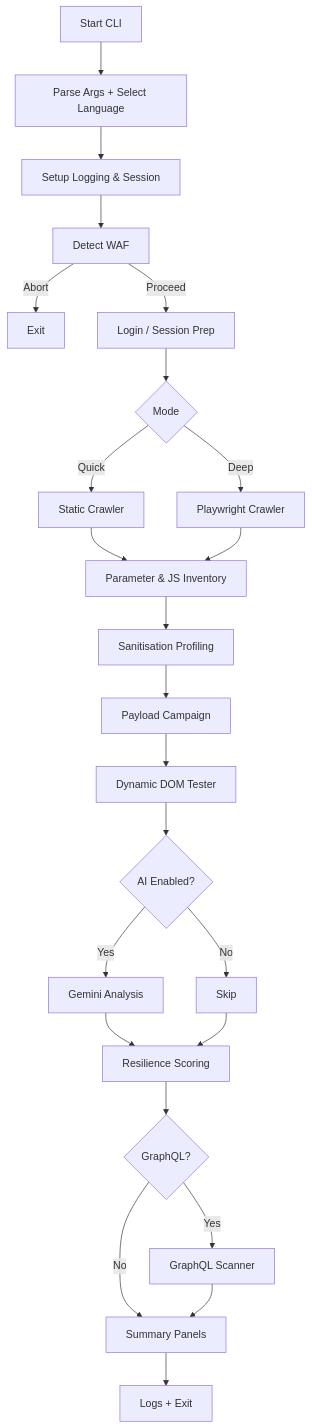
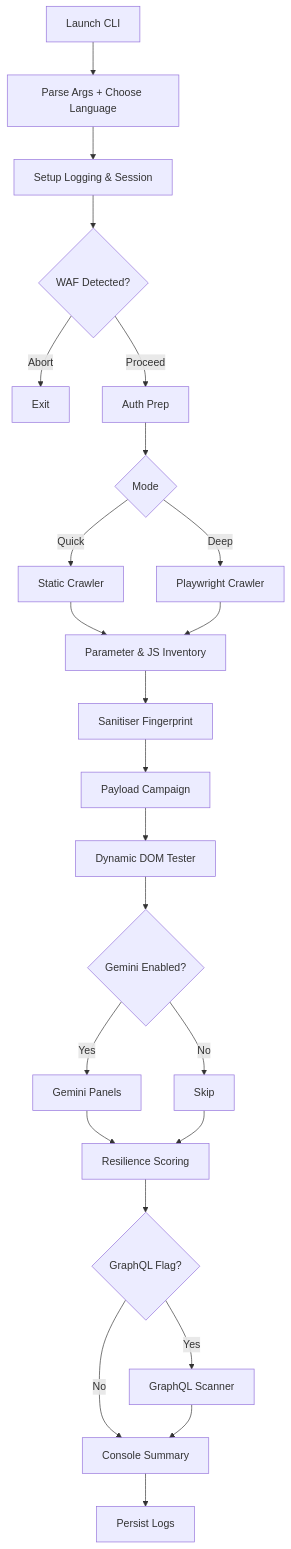
The first of 2 diagrams in README.md (merdekasiberlab/xsscanner), drawn with Mermaid before and after one commit. The commit also changed other lines of this file, not shown here.

````diff
--- a/README.md
+++ b/README.md
@@ -102,26 +101,26 @@
 ```mermaid
 flowchart TD
-    A[Start CLI] --> B[Parse Args + Select Language]
+    A[Launch CLI] --> B[Parse Args + Choose Language]
     B --> C[Setup Logging & Session]
-    C --> D[Detect WAF]
+    C --> D{WAF Detected?}
     D -->|Abort| Z[Exit]
-    D -->|Proceed| E[Login / Session Prep]
+    D -->|Proceed| E[Auth Prep]
     E --> F{Mode}
     F -->|Quick| G[Static Crawler]
     F -->|Deep| H[Playwright Crawler]
     G --> I[Parameter & JS Inventory]
     H --> I
-    I --> J[Sanitisation Profiling]
+    I --> J[Sanitiser Fingerprint]
     J --> K[Payload Campaign]
     K --> L[Dynamic DOM Tester]
-    L --> M{AI Enabled?}
-    M -->|Yes| N[Gemini Analysis]
+    L --> M{Gemini Enabled?}
+    M -->|Yes| N[Gemini Panels]
     M -->|No| O[Skip]
     N --> P[Resilience Scoring]
     O --> P
-    P --> Q{GraphQL?}
+    P --> Q{GraphQL Flag?}
     Q -->|Yes| R[GraphQL Scanner]
-    Q -->|No| S[Summary Panels]
+    Q -->|No| S[Console Summary]
     R --> S
-    S --> T[Logs + Exit]
+    S --> T[Persist Logs]
 ```
````
